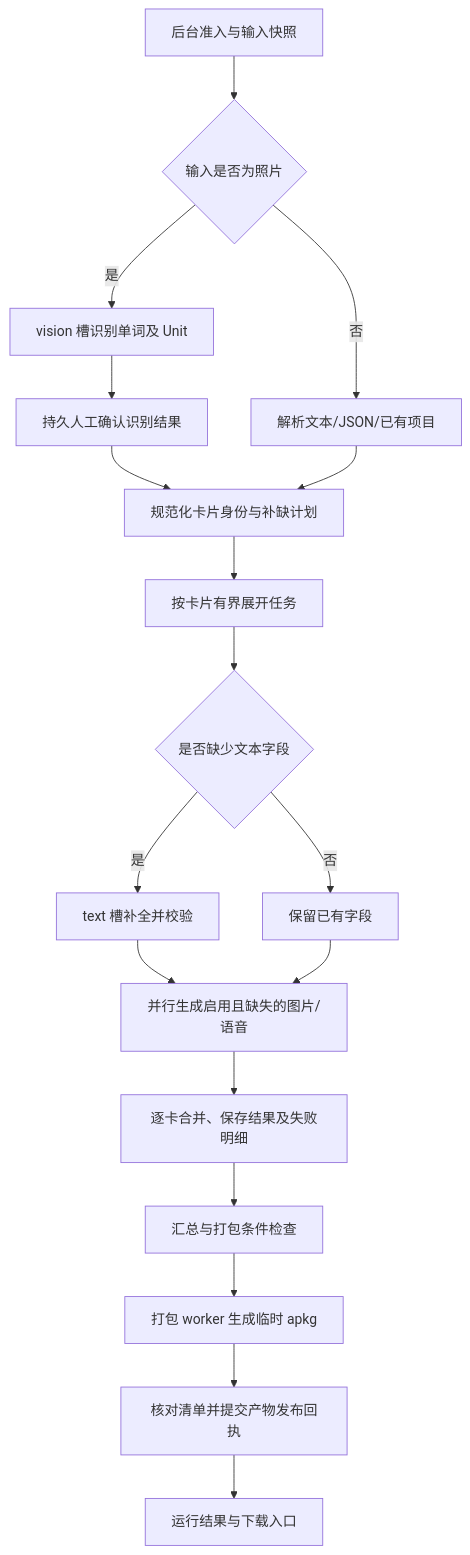
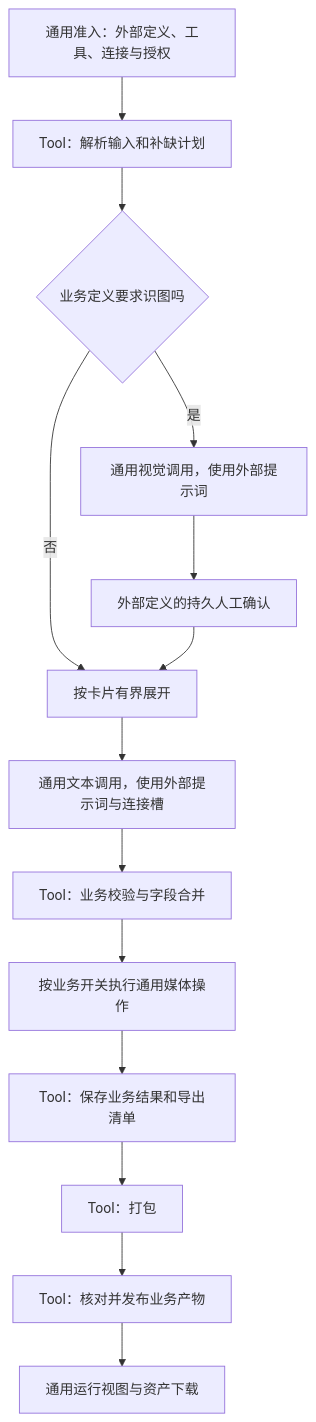
The fifth of 5 diagrams in doc/design/anki-flow.md (mushuanli/NestOS), drawn with Mermaid before and after one commit. The commit also changed other lines of this file and 4 other files, not shown here.

Commit message:
docs(architecture): keep Anki business in external flow tools

````diff
--- a/doc/design/anki-flow.md
+++ b/doc/design/anki-flow.md
@@ -306,20 +224,16 @@
 ```mermaid
 flowchart TD
-    A[后台准入与输入快照] --> B{输入是否为照片}
-    B -- 是 --> C[vision 槽识别单词及 Unit]
-    C --> D[持久人工确认识别结果]
-    B -- 否 --> E[解析文本/JSON/已有项目]
-    D --> F[规范化卡片身份与补缺计划]
+    A[通用准入：外部定义、工具、连接与授权] --> B[Tool：解析输入和补缺计划]
+    B --> C{业务定义要求识图吗}
+    C -- 是 --> D[通用视觉调用，使用外部提示词]
+    D --> E[外部定义的持久人工确认]
+    C -- 否 --> F[按卡片有界展开]
     E --> F
-    F --> G[按卡片有界展开任务]
-    G --> H{是否缺少文本字段}
-    H -- 是 --> I[text 槽补全并校验]
-    H -- 否 --> J[保留已有字段]
-    I --> K[并行生成启用且缺失的图片/语音]
-    J --> K
-    K --> L[逐卡合并、保存结果及失败明细]
-    L --> M[汇总与打包条件检查]
-    M --> N[打包 worker 生成临时 apkg]
-    N --> O[核对清单并提交产物发布回执]
-    O --> P[运行结果与下载入口]
+    F --> G[通用文本调用，使用外部提示词与连接槽]
+    G --> H[Tool：业务校验与字段合并]
+    H --> I[按业务开关执行通用媒体操作]
+    I --> J[Tool：保存业务结果和导出清单]
+    J --> K[Tool：打包]
+    K --> L[Tool：核对并发布业务产物]
+    L --> M[通用运行视图与资产下载]
 ```
````
